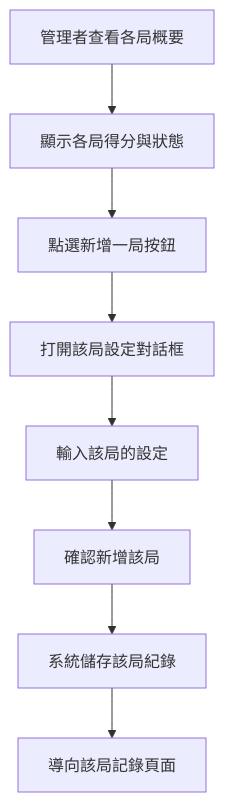
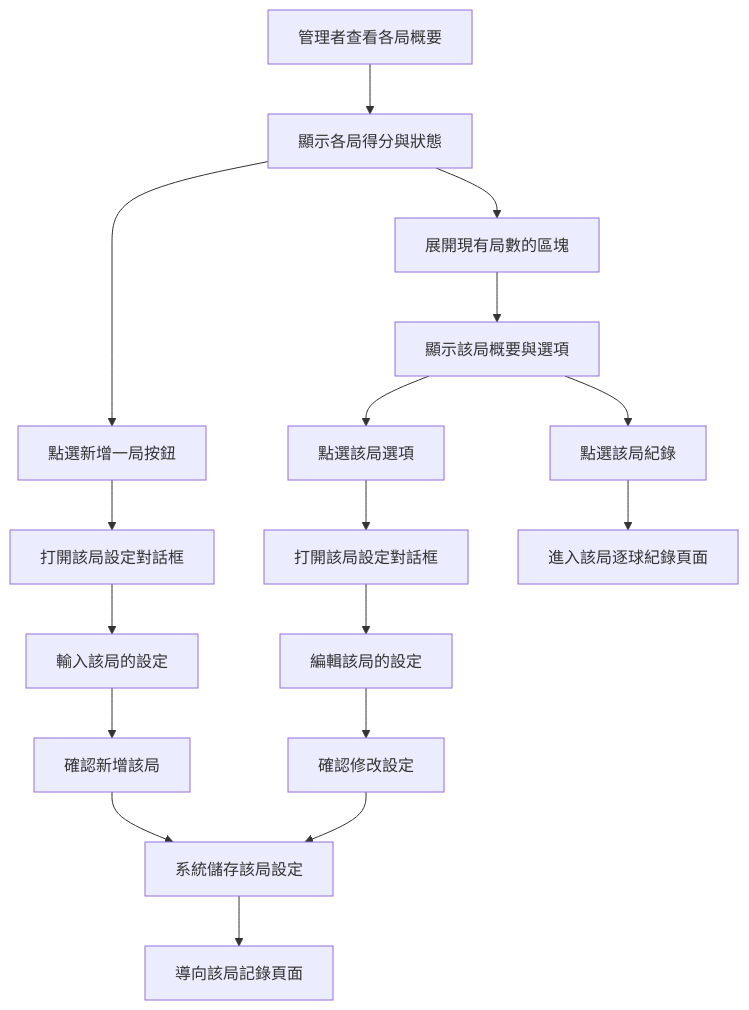
The third of 6 diagrams in docs/02_functional_requirements/03_tw_match_record.md (andrewck24/volleybro), drawn with Mermaid before and after one commit. The commit also changed other lines of this file and 1 other file, not shown here.

````diff
--- a/docs/02_functional_requirements/03_tw_match_record.md
+++ b/docs/02_functional_requirements/03_tw_match_record.md
@@ -108,10 +121,19 @@
   ```mermaid
   graph TD
     A[管理者查看各局概要] --> B[顯示各局得分與狀態]
     B --> C[點選新增一局按鈕]
     C --> D[打開該局設定對話框]
     D --> E[輸入該局的設定]
     E --> F[確認新增該局]
-    F --> G[系統儲存該局紀錄]
+    F --> G[系統儲存該局設定]
     G --> H[導向該局記錄頁面]
+    B --> I[展開現有局數的區塊]
+    I --> J[顯示該局概要與選項]
+    J --> K[點選該局選項]
+    K --> L[打開該局設定對話框]
+    L --> M[編輯該局的設定]
+    M --> N[確認修改設定]
+    N --> G
+    J --> O[點選該局紀錄]
+    O --> P[進入該局逐球紀錄頁面]
   ```
````
